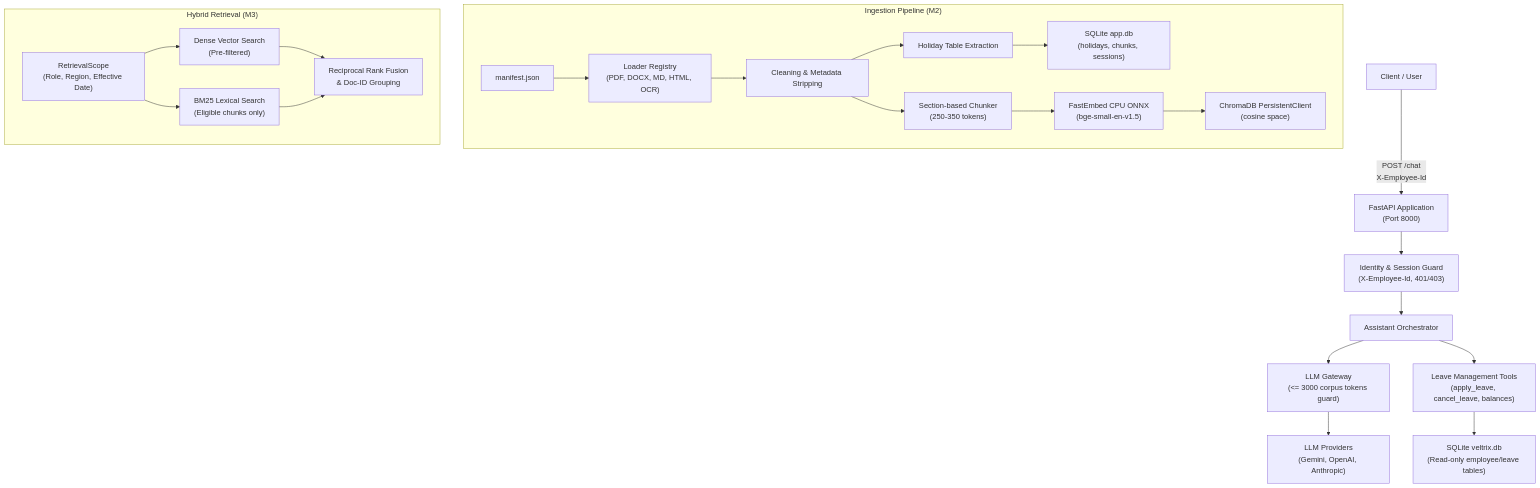
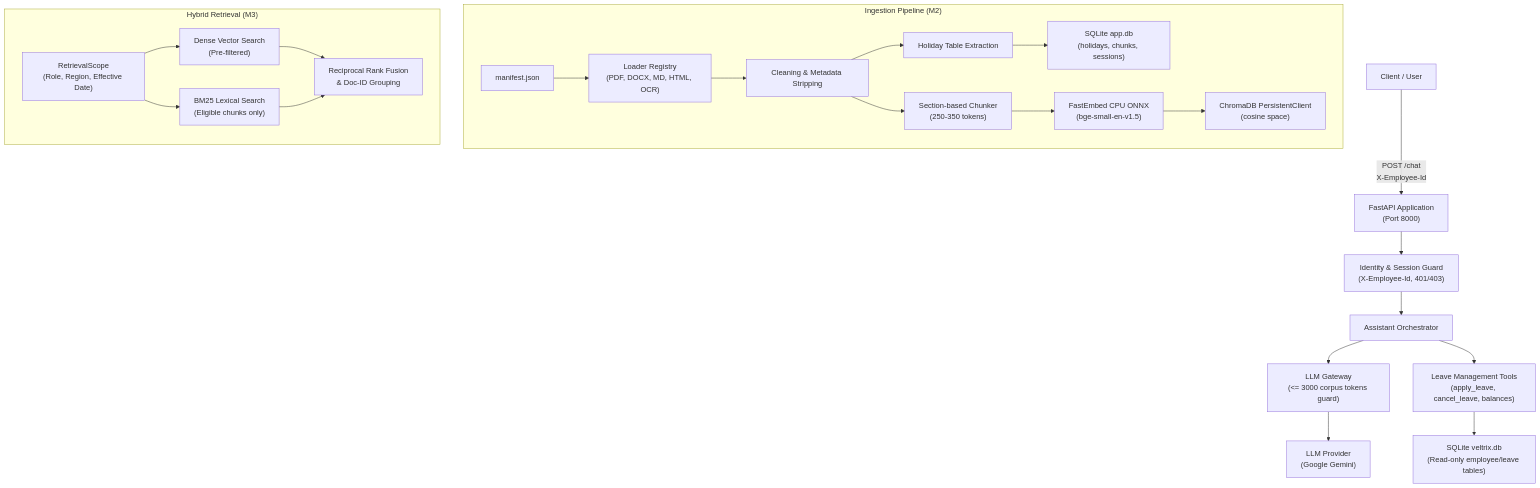
The diagram in README.md (Karthikv44/veltrix-hr-assistant), drawn with Mermaid before and after one commit. The commit also changed other lines of this file and 9 other files, not shown here.

````diff
--- a/README.md
+++ b/README.md
@@ -9,27 +9,27 @@
 ```mermaid
 flowchart TD
     Client["Client / User"] -->|POST /chat<br/>X-Employee-Id| API["FastAPI Application<br/>(Port 8000)"]
     API --> Security["Identity & Session Guard<br/>(X-Employee-Id, 401/403)"]
     Security --> Orchestrator["Assistant Orchestrator"]
     
     subgraph Ingestion ["Ingestion Pipeline (M2)"]
         Manifest["manifest.json"] --> Loaders["Loader Registry<br/>(PDF, DOCX, MD, HTML, OCR)"]
         Loaders --> Cleaning["Cleaning & Metadata Stripping"]
         Cleaning --> Holidays["Holiday Table Extraction"]
         Cleaning --> Chunker["Section-based Chunker<br/>(250-350 tokens)"]
         Holidays --> AppDB["SQLite app.db<br/>(holidays, chunks, sessions)"]
         Chunker --> Embedder["FastEmbed CPU ONNX<br/>(bge-small-en-v1.5)"]
         Embedder --> Chroma["ChromaDB PersistentClient<br/>(cosine space)"]
     end
     
     subgraph Retrieval ["Hybrid Retrieval (M3)"]
         Scope["RetrievalScope<br/>(Role, Region, Effective Date)"] --> ChromaSearch["Dense Vector Search<br/>(Pre-filtered)"]
         Scope --> BM25Search["BM25 Lexical Search<br/>(Eligible chunks only)"]
         ChromaSearch & BM25Search --> RRF["Reciprocal Rank Fusion<br/>& Doc-ID Grouping"]
     end
     
     Orchestrator --> LLMGateway["LLM Gateway<br/>(<= 3000 corpus tokens guard)"]
-    LLMGateway --> LLM["LLM Providers<br/>(Gemini, OpenAI, Anthropic)"]
+    LLMGateway --> LLM["LLM Provider<br/>(Google Gemini)"]
     Orchestrator --> Tools["Leave Management Tools<br/>(apply_leave, cancel_leave, balances)"]
     Tools --> VeltrixDB["SQLite veltrix.db<br/>(Read-only employee/leave tables)"]
 ```
````
